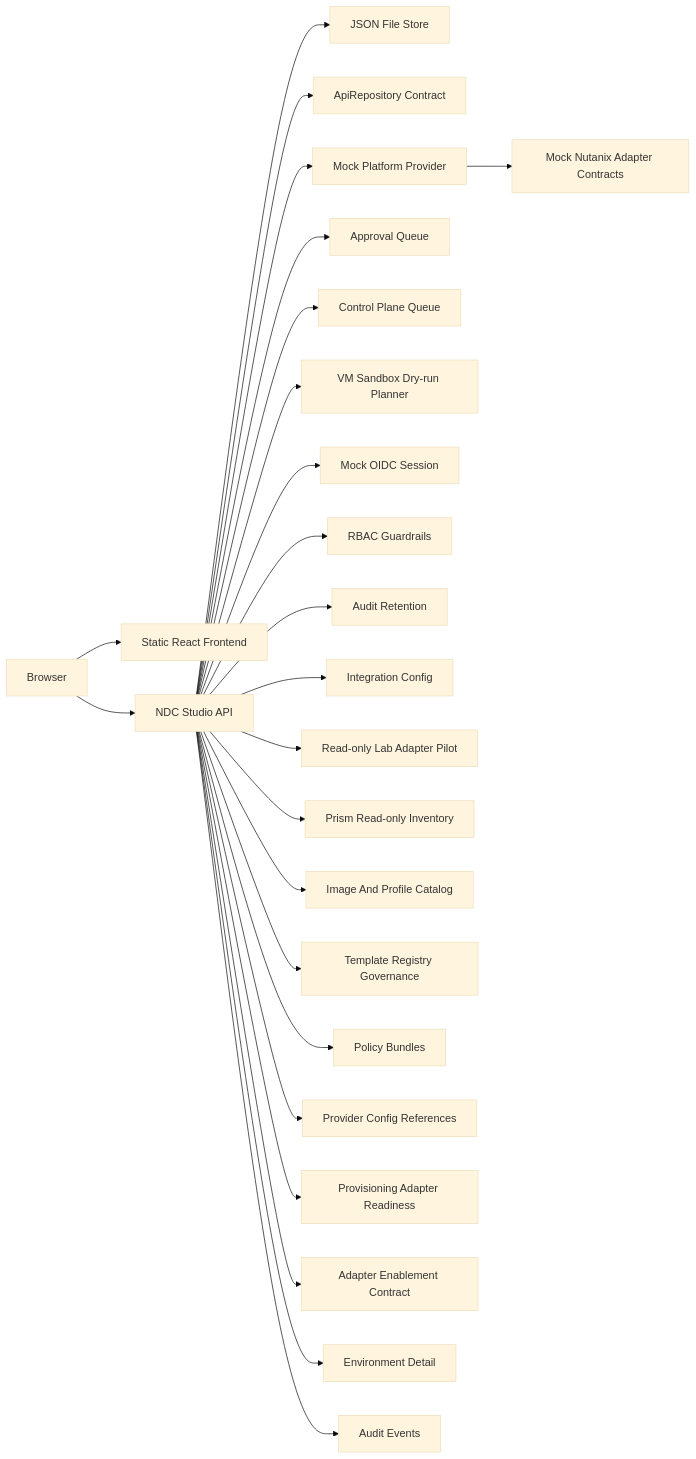
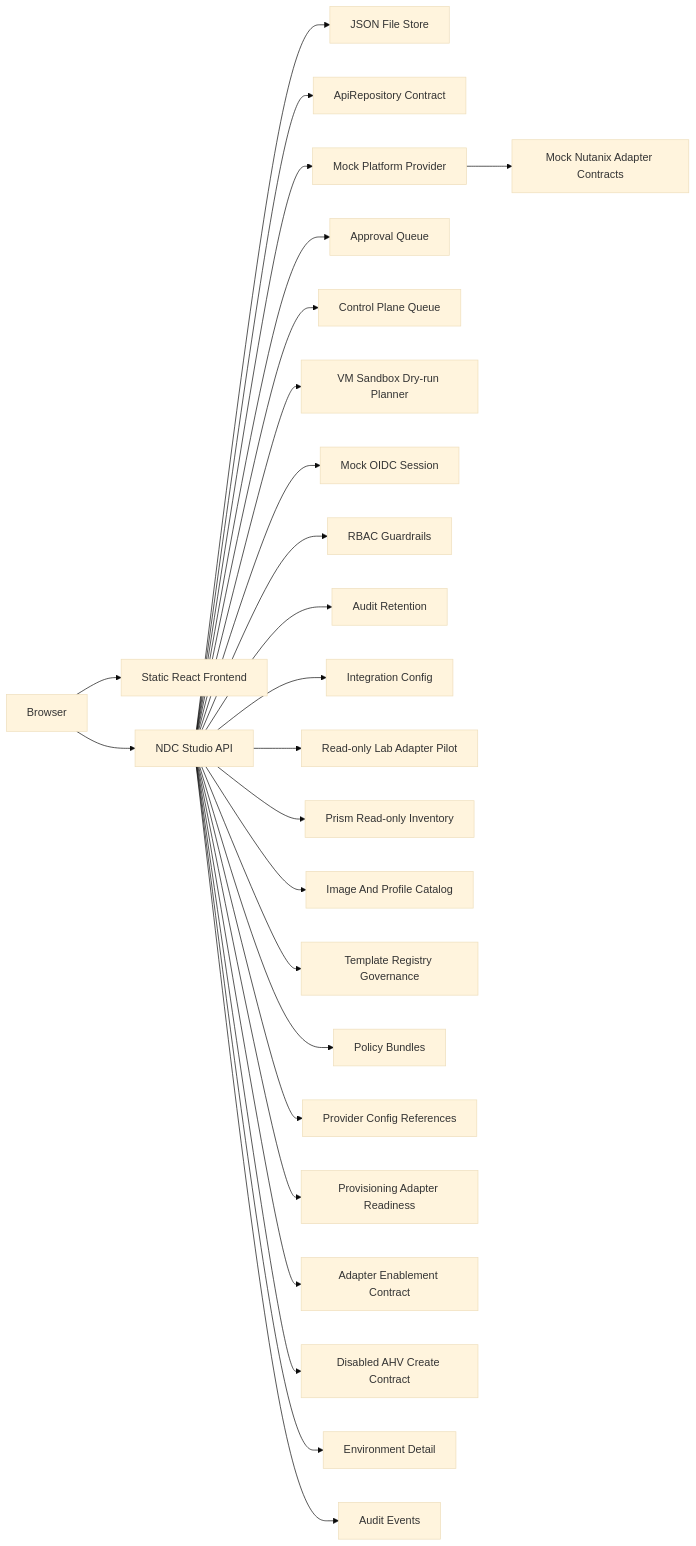
The second of 2 diagrams in docs/architecture.md (VirtuArchitect/nutanix-developer-cloud-studio), drawn with Mermaid (base theme) before and after one commit. The commit also changed other lines of this file and 21 other files, not shown here.

Commit message:
Add v2.7 controlled create adapter contract

````diff
--- a/docs/architecture.md
+++ b/docs/architecture.md
@@ -21,26 +21,27 @@
 ```mermaid
 flowchart LR
     Browser["Browser"] --> Web["Static React Frontend"]
     Browser --> Api["NDC Studio API"]
     Api --> Store["JSON File Store"]
     Api --> Repo["ApiRepository Contract"]
     Api --> Provider["Mock Platform Provider"]
     Provider --> Adapters["Mock Nutanix Adapter Contracts"]
     Api --> Approvals["Approval Queue"]
     Api --> Queue["Control Plane Queue"]
     Api --> VmDryRun["VM Sandbox Dry-run Planner"]
     Api --> Identity["Mock OIDC Session"]
     Api --> Rbac["RBAC Guardrails"]
     Api --> AuditRetention["Audit Retention"]
     Api --> Config["Integration Config"]
     Api --> LabAdapters["Read-only Lab Adapter Pilot"]
     Api --> PrismInventory["Prism Read-only Inventory"]
     Api --> Inventory["Image And Profile Catalog"]
     Api --> Registry["Template Registry Governance"]
     Api --> Bundles["Policy Bundles"]
     Api --> ProviderConfig["Provider Config References"]
     Api --> AdapterReadiness["Provisioning Adapter Readiness"]
     Api --> AdapterEnablement["Adapter Enablement Contract"]
+    Api --> AhvCreateContract["Disabled AHV Create Contract"]
     Api --> Details["Environment Detail"]
     Api --> Audit["Audit Events"]
 ```
````
